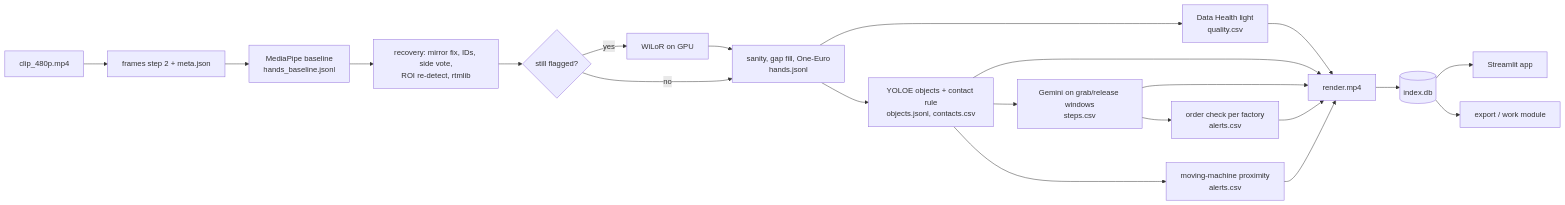
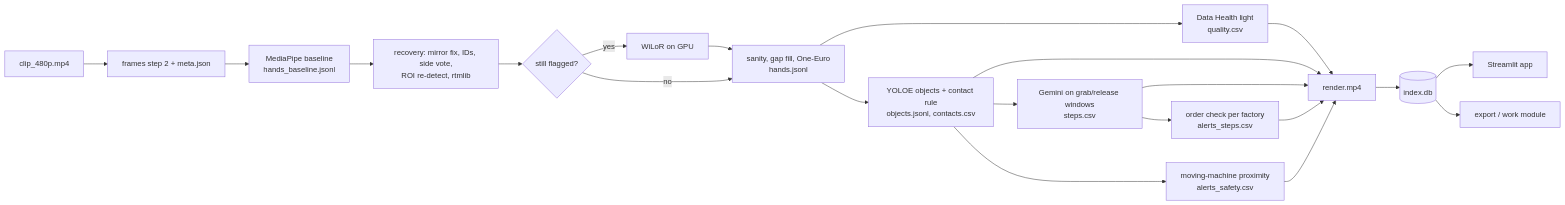
The first of 2 diagrams in docs/05-solution/app-flow.md (GunagyeJain/bios-finals), drawn with Mermaid before and after one commit.

Commit message:
docs(solution): alert file names in app flow

````diff
--- a/docs/05-solution/app-flow.md
+++ b/docs/05-solution/app-flow.md
@@ -6,18 +6,18 @@
 ```mermaid
 flowchart LR
   V[clip_480p.mp4] --> F[frames step 2 + meta.json]
   F --> HB[MediaPipe baseline\nhands_baseline.jsonl]
   HB --> R[recovery: mirror fix, IDs, side vote,\nROI re-detect, rtmlib]
   R --> W{still flagged?}
   W -- yes --> WL[WiLoR on GPU] --> HF
   W -- no --> HF[sanity, gap fill, One-Euro\nhands.jsonl]
   HF --> Q[Data Health light\nquality.csv]
   HF --> C[YOLOE objects + contact rule\nobjects.jsonl, contacts.csv]
   C --> S[Gemini on grab/release windows\nsteps.csv]
-  S --> O[order check per factory\nalerts.csv]
-  C --> SF[moving-machine proximity\nalerts.csv]
+  S --> O[order check per factory\nalerts_steps.csv]
+  C --> SF[moving-machine proximity\nalerts_safety.csv]
   Q & C & S & O & SF --> RD[render.mp4]
   RD --> IX[(index.db)]
   IX --> APP[Streamlit app]
   IX --> EX[export / work module]
 ```
````
